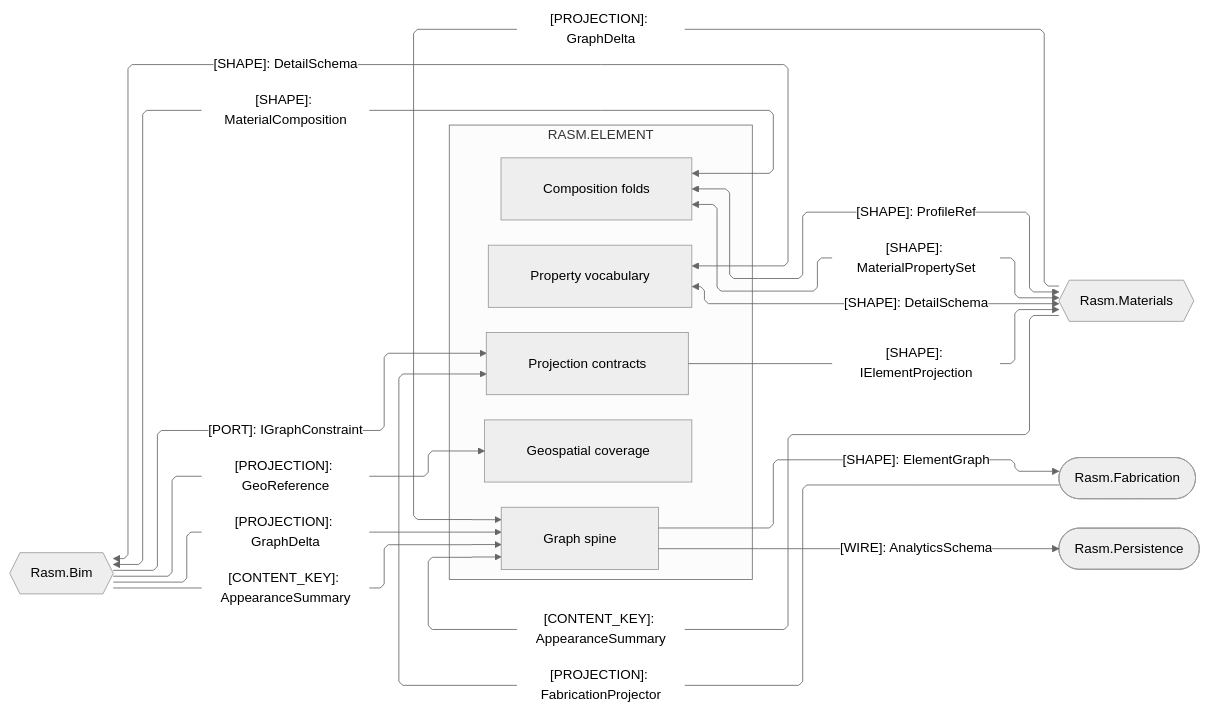
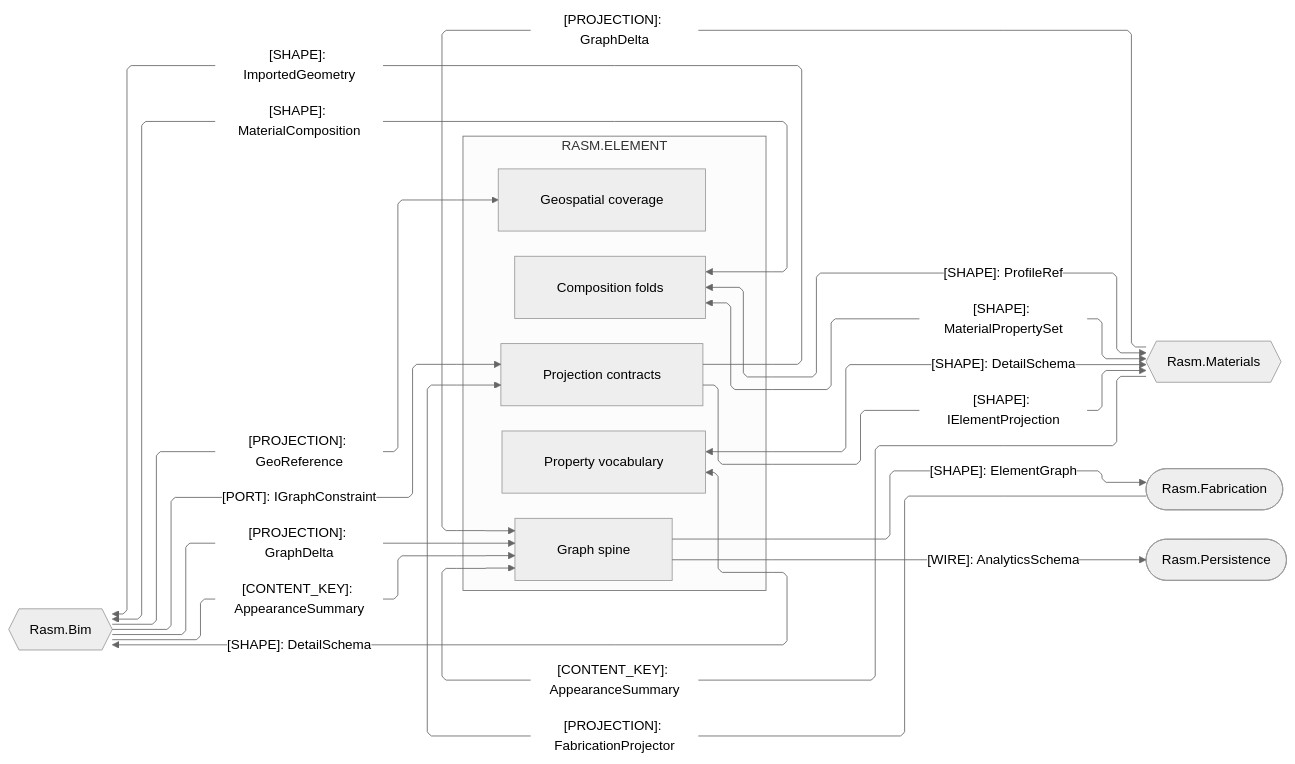
The second of 3 diagrams in libs/csharp/Rasm.Element/ARCHITECTURE.md (bsamiee/Rasm), drawn with Mermaid (neutral theme) before and after one commit. The commit also changed other lines of this file and 236 other files, not shown here.

````diff
--- a/libs/csharp/Rasm.Element/ARCHITECTURE.md
+++ b/libs/csharp/Rasm.Element/ARCHITECTURE.md
@@ -124,38 +124,39 @@
 ```mermaid
 ---
 config:
   layout: elk
   flowchart:
     curve: linear
     padding: 25
 ---
 flowchart LR
     accTitle: Element AEC-domain projection seams
     accDescr: Element sub-domain owners exchanging projections and neutral shapes with the AEC peers Bim, Materials, and Fabrication and handing columnar row schemas to the Persistence custodian, one edge per contract family mirrored on the counterpart folder.
     subgraph element[RASM.ELEMENT]
         Graph[Graph spine]
         Projection[Projection contracts]
         Composition[Composition folds]
         Properties[Property vocabulary]
         Geospatial[Geospatial coverage]
     end
     Bim{{Rasm.Bim}}
     Materials{{Rasm.Materials}}
     Fabrication([Rasm.Fabrication])
     Persistence([Rasm.Persistence])
     Bim -->|"[PROJECTION]: GraphDelta"| Graph
     Materials -->|"[PROJECTION]: GraphDelta"| Graph
     Graph -->|"[SHAPE]: ElementGraph"| Fabrication
     Graph -->|"[WIRE]: AnalyticsSchema"| Persistence
     Bim -->|"[PORT]: IGraphConstraint"| Projection
     Fabrication -->|"[PROJECTION]: FabricationProjector"| Projection
     Projection -->|"[SHAPE]: IElementProjection"| Materials
     Composition <-->|"[SHAPE]: MaterialComposition"| Bim
     Composition <-->|"[SHAPE]: ProfileRef"| Materials
     Composition <-->|"[SHAPE]: MaterialPropertySet"| Materials
     Materials -->|"[CONTENT_KEY]: AppearanceSummary"| Graph
     Bim -->|"[CONTENT_KEY]: AppearanceSummary"| Graph
     Properties <-->|"[SHAPE]: DetailSchema"| Bim
     Properties <-->|"[SHAPE]: DetailSchema"| Materials
     Bim -->|"[PROJECTION]: GeoReference"| Geospatial
+    Projection -->|"[SHAPE]: ImportedGeometry"| Bim
 ```
````
